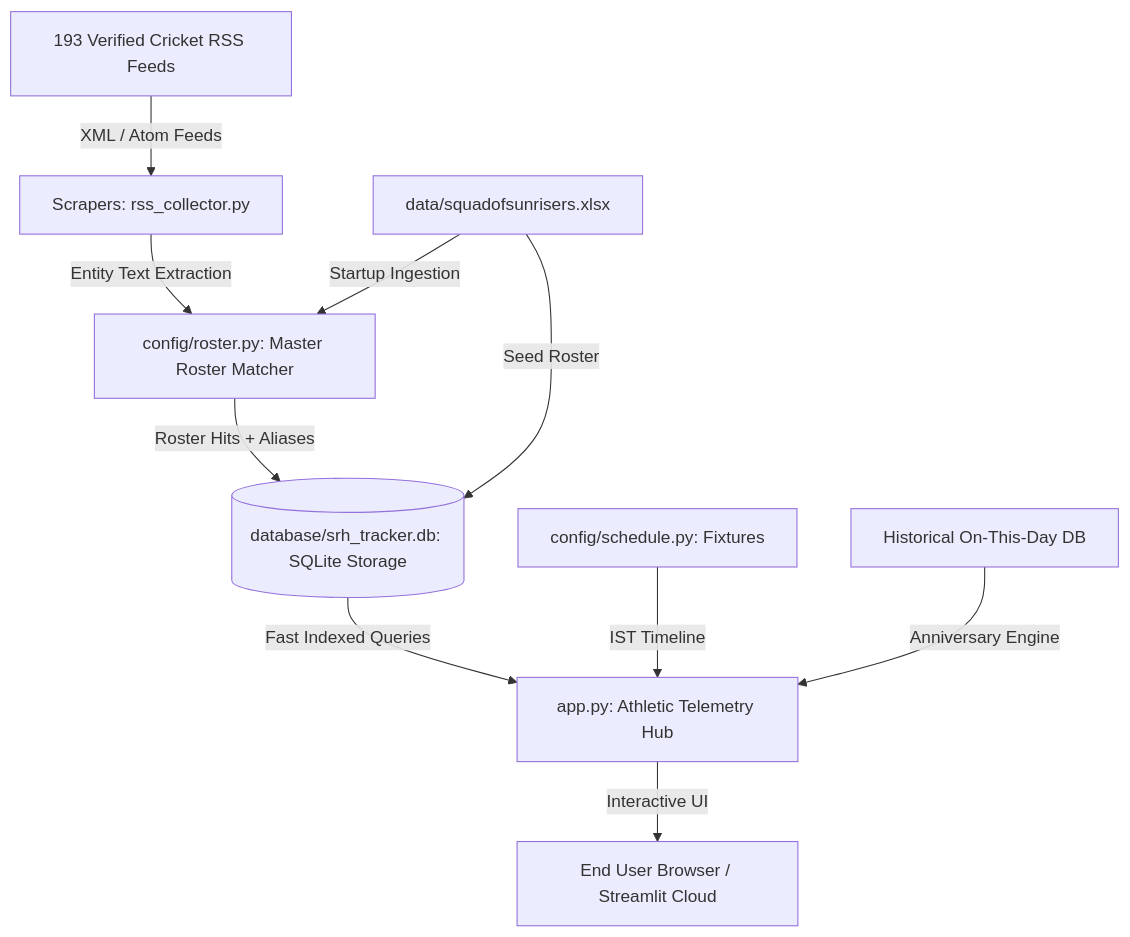
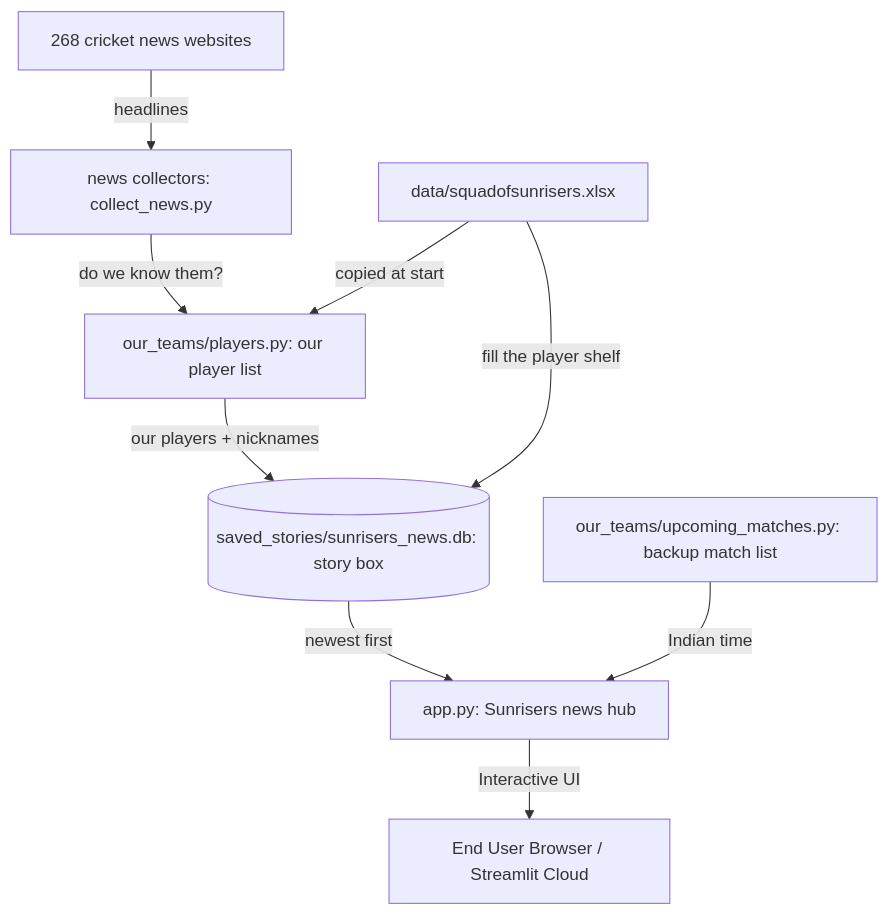
Before and after one commit to Snohith/srhtrack: the diagram in docs/ARCHITECTURE.md, drawn with Mermaid. The commit also changed other lines of this file and 104 other files, not shown here.

````diff
--- a/docs/ARCHITECTURE.md
+++ b/docs/ARCHITECTURE.md
@@ -9,15 +9,15 @@
 ```mermaid
 graph TD
-    A[193 Verified Cricket RSS Feeds] -->|XML / Atom Feeds| B[Scrapers: rss_collector.py]
-    B -->|Entity Text Extraction| C[config/roster.py: Master Roster Matcher]
-    C -->|Roster Hits + Aliases| E[(database/srh_tracker.db: SQLite Storage)]
+    A[268 cricket news websites] -->|headlines| B[news collectors: collect_news.py]
+    B -->|do we know them?| C[our_teams/players.py: our player list]
+    C -->|our players + nicknames| E[(saved_stories/sunrisers_news.db: story box)]
     
-    F[data/squadofsunrisers.xlsx] -->|Startup Ingestion| C
-    F -->|Seed Roster| E
+    F[data/squadofsunrisers.xlsx] -->|copied at start| C
+    F -->|fill the player shelf| E
     
-    E -->|Fast Indexed Queries| G[app.py: Athletic Telemetry Hub]
-    H[config/schedule.py: Fixtures] -->|IST Timeline| G
-    I[Historical On-This-Day DB] -->|Anniversary Engine| G
+    E -->|newest first| G[app.py: Sunrisers news hub]
+    H[our_teams/upcoming_matches.py: backup match list] -->|Indian time| G
+    
     
     G -->|Interactive UI| J[End User Browser / Streamlit Cloud]
 ```
````
